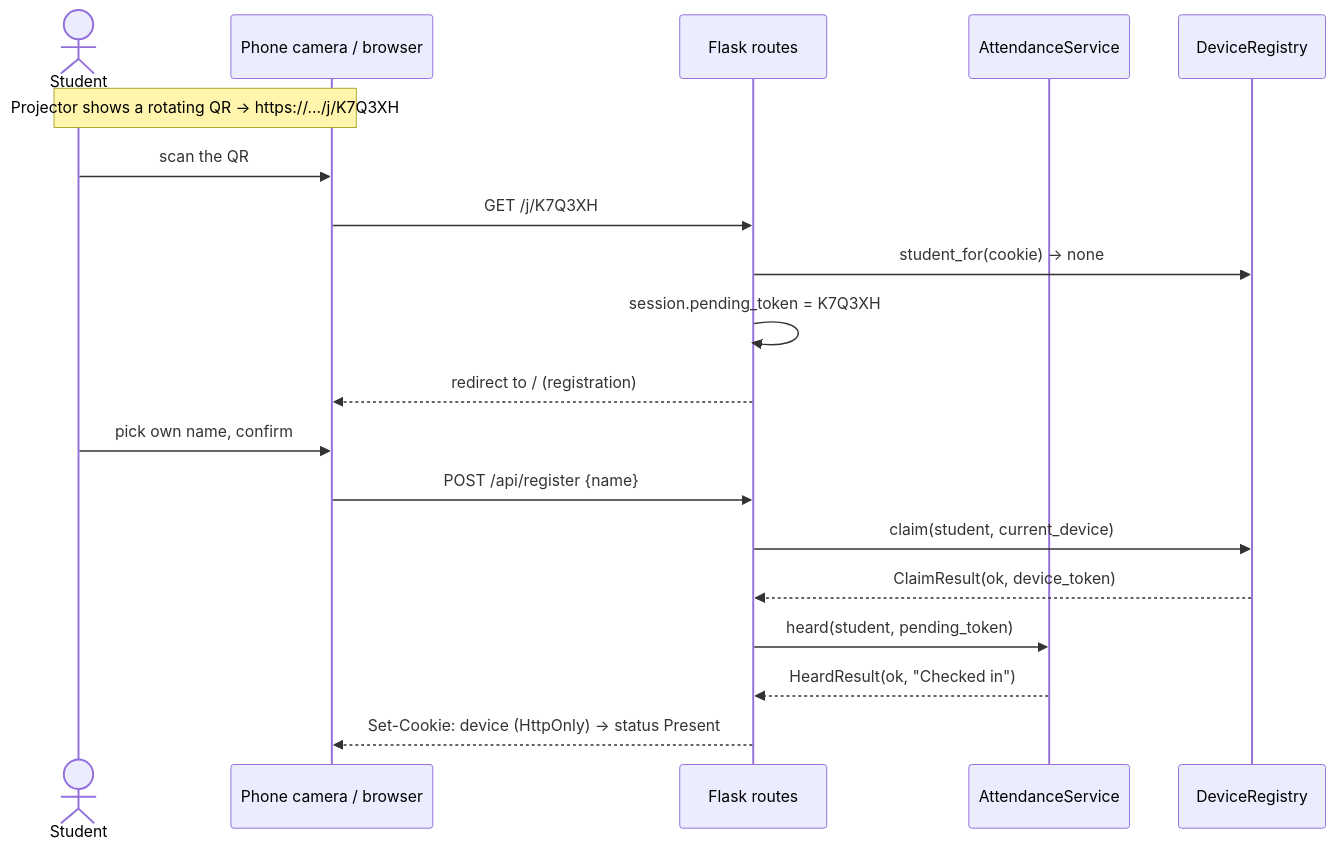
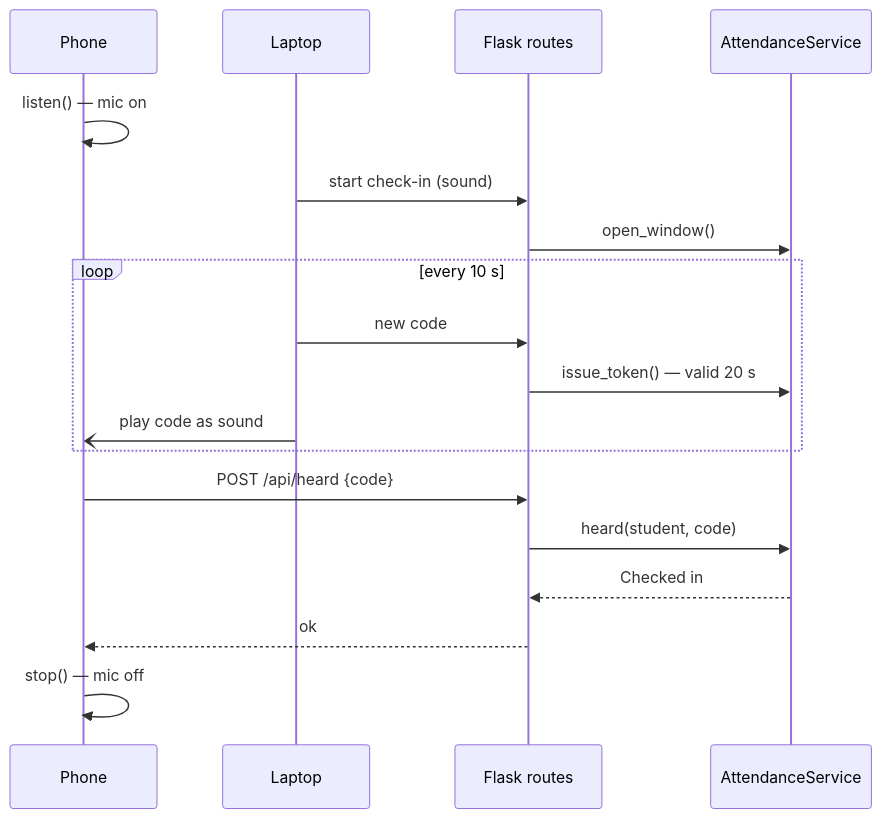
The eighth of 9 diagrams in docs/DIAGRAMS.md (shiral2571-alt/SoftwareEngineering_Ex2), drawn with Mermaid before and after one commit. The commit also changed other lines of this file and 6 other files, not shown here.

First line of the commit message:
Record the auditorium test and simplify the diagrams

````diff
--- a/docs/DIAGRAMS.md
+++ b/docs/DIAGRAMS.md
@@ -253,22 +174,21 @@
 ```mermaid
 sequenceDiagram
-    actor S as Student
-    participant P as Phone camera / browser
+    participant P as Phone
+    participant L as Laptop
     participant API as Flask routes
     participant ATT as AttendanceService
-    participant ID as DeviceRegistry
 
-    Note over S,P: Projector shows a rotating QR → https://…/j/K7Q3XH
-    S->>P: scan the QR
-    P->>API: GET /j/K7Q3XH
-    API->>ID: student_for(cookie) → none
-    API->>API: session.pending_token = K7Q3XH
-    API-->>P: redirect to / (registration)
-    S->>P: pick own name, confirm
-    P->>API: POST /api/register {name}
-    API->>ID: claim(student, current_device)
-    ID-->>API: ClaimResult(ok, device_token)
-    API->>ATT: heard(student, pending_token)
-    ATT-->>API: HeardResult(ok, "Checked in")
-    API-->>P: Set-Cookie: device (HttpOnly) → status Present
+    P->>P: listen() — mic on
+    L->>API: start check-in (sound)
+    API->>ATT: open_window()
+    loop every 10 s
+        L->>API: new code
+        API->>ATT: issue_token() — valid 20 s
+        L-)P: play code as sound
+    end
+    P->>API: POST /api/heard {code}
+    API->>ATT: heard(student, code)
+    ATT-->>API: Checked in
+    API-->>P: ok
+    P->>P: stop() — mic off
 ```
````
